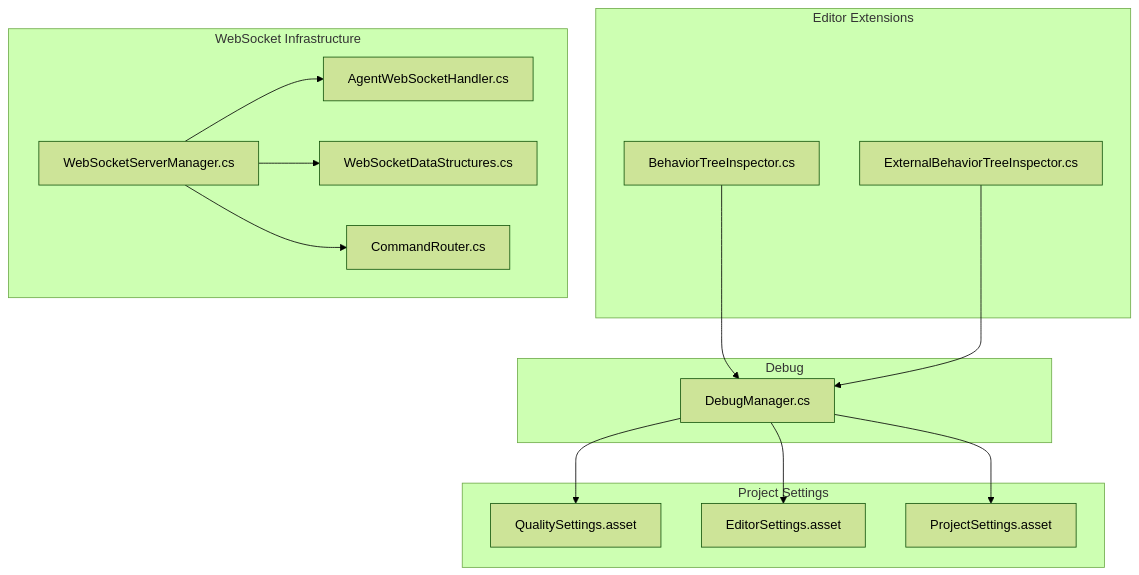
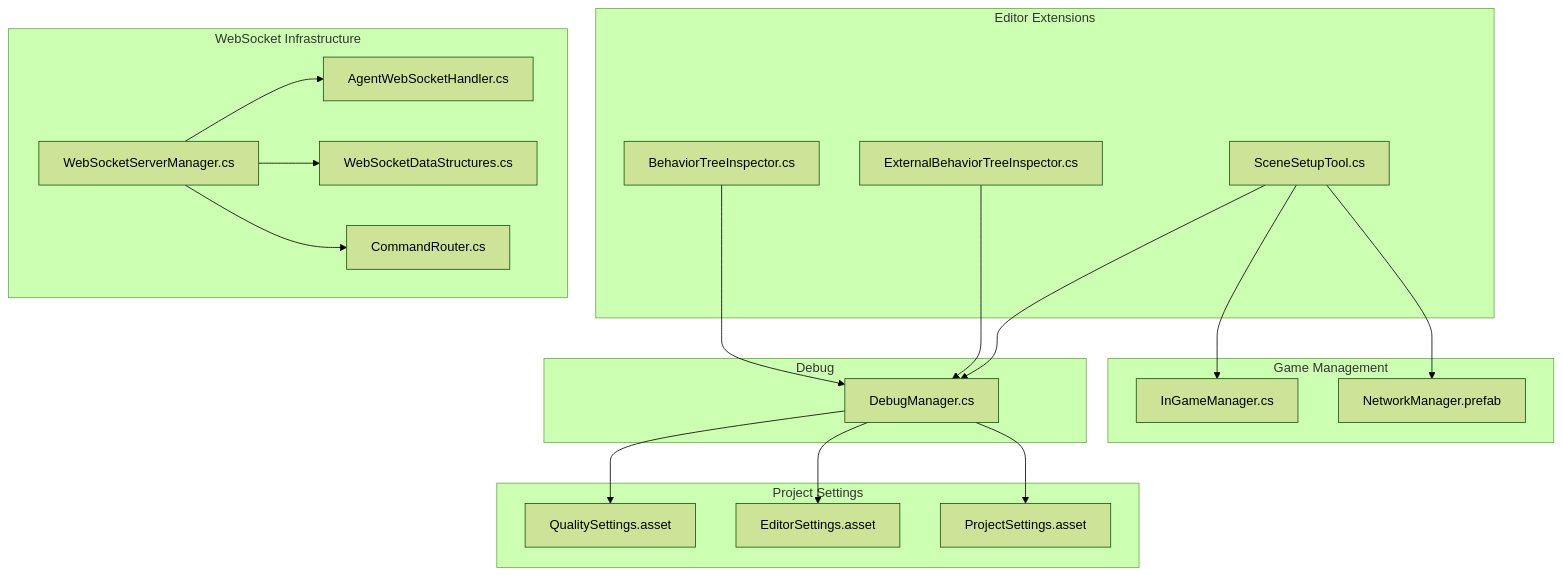
The first of 8 diagrams in .qoder/repowiki/en/content/Development Tools & Utilities.md (kandeng/AI-Controlled-battle-game), drawn with Mermaid (forest theme) before and after one commit. The commit also changed other lines of this file and 376 other files, not shown here.

````diff
--- a/.qoder/repowiki/en/content/Development Tools & Utilities.md
+++ b/.qoder/repowiki/en/content/Development Tools & Utilities.md
@@ -55,29 +61,37 @@
 ```mermaid
 graph TB
 subgraph "Debug"
 DM["DebugManager.cs"]
 end
 subgraph "Editor Extensions"
 BTI["BehaviorTreeInspector.cs"]
 EBTI["ExternalBehaviorTreeInspector.cs"]
+SST["SceneSetupTool.cs"]
 end
 subgraph "WebSocket Infrastructure"
 WSM["WebSocketServerManager.cs"]
 AWSH["AgentWebSocketHandler.cs"]
 WSDS["WebSocketDataStructures.cs"]
 CR["CommandRouter.cs"]
+end
+subgraph "Game Management"
+IGM["InGameManager.cs"]
+NM["NetworkManager.prefab"]
 end
 subgraph "Project Settings"
 QS["QualitySettings.asset"]
 ES["EditorSettings.asset"]
 PS["ProjectSettings.asset"]
 end
 DM --> QS
 DM --> ES
 DM --> PS
 BTI --> DM
 EBTI --> DM
+SST --> DM
+SST --> IGM
+SST --> NM
 WSM --> AWSH
 WSM --> WSDS
 WSM --> CR
 ```
````
